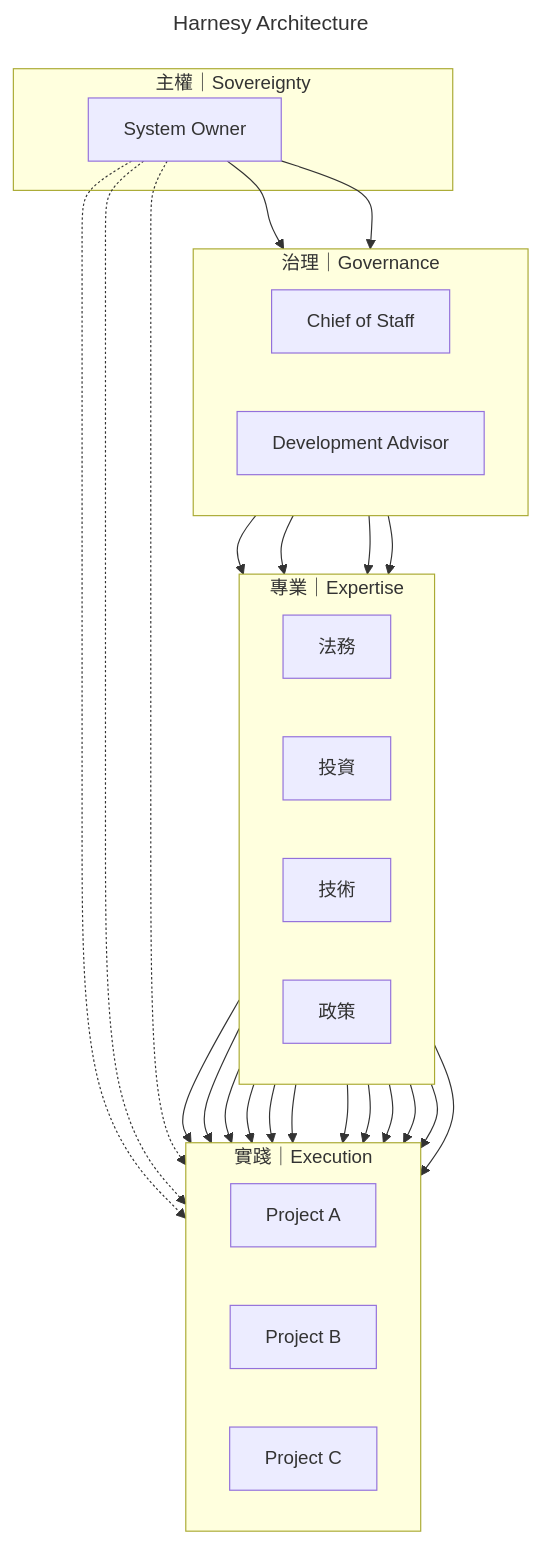
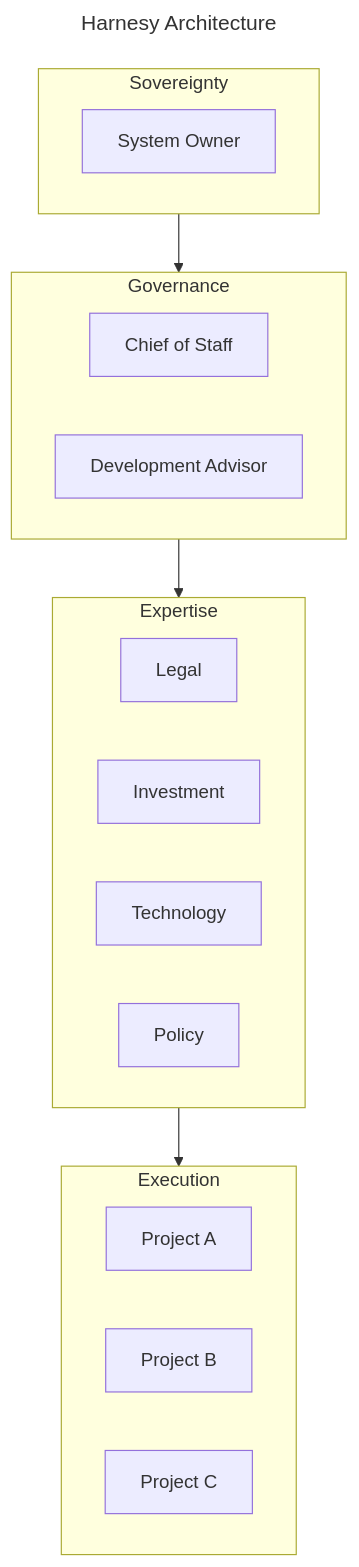
Before and after one commit to MarkovChenITRI/.github: the third of 3 diagrams in profile/README.md, drawn with Mermaid.

````diff
--- a/profile/README.md
+++ b/profile/README.md
@@ -105,42 +105,34 @@
 ```mermaid
 ---
 title: Harnesy Architecture
 ---
 flowchart TB
-    subgraph L1["主權｜Sovereignty"]
+    subgraph L1["Sovereignty"]
         O["System Owner"]
     end
 
-    subgraph L2["治理｜Governance"]
+    subgraph L2["Governance"]
         direction LR
         C["Chief of Staff"]
         A["Development Advisor"]
     end
 
-    subgraph L3["專業｜Expertise"]
+    subgraph L3["Expertise"]
         direction LR
-        L["法務"]
-        I["投資"]
-        T["技術"]
-        P["政策"]
+        L["Legal"]
+        I["Investment"]
+        T["Technology"]
+        P["Policy"]
     end
 
-    subgraph L4["實踐｜Execution"]
+    subgraph L4["Execution"]
         direction LR
         P1["Project A"]
         P2["Project B"]
         P3["Project C"]
     end
 
-    O --> C
-    O --> A
-
-    C --> L & I & T & P
-
-    L --> P1 & P2 & P3
-    I --> P1 & P2 & P3
-    T --> P1 & P2 & P3
-    P --> P1 & P2 & P3
-
-    O -.-> P1 & P2 & P3
+    L1 --> L2
+    L2 --> L3
+    L3 --> L4
 ```
````
